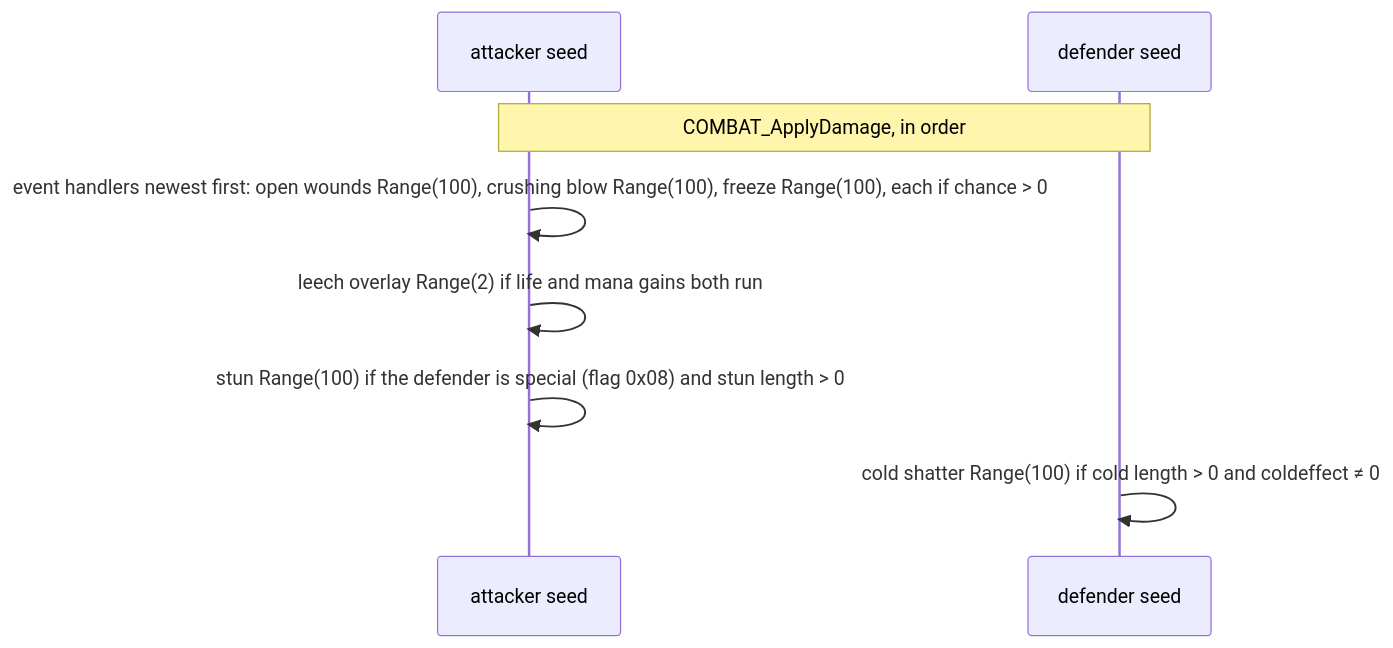
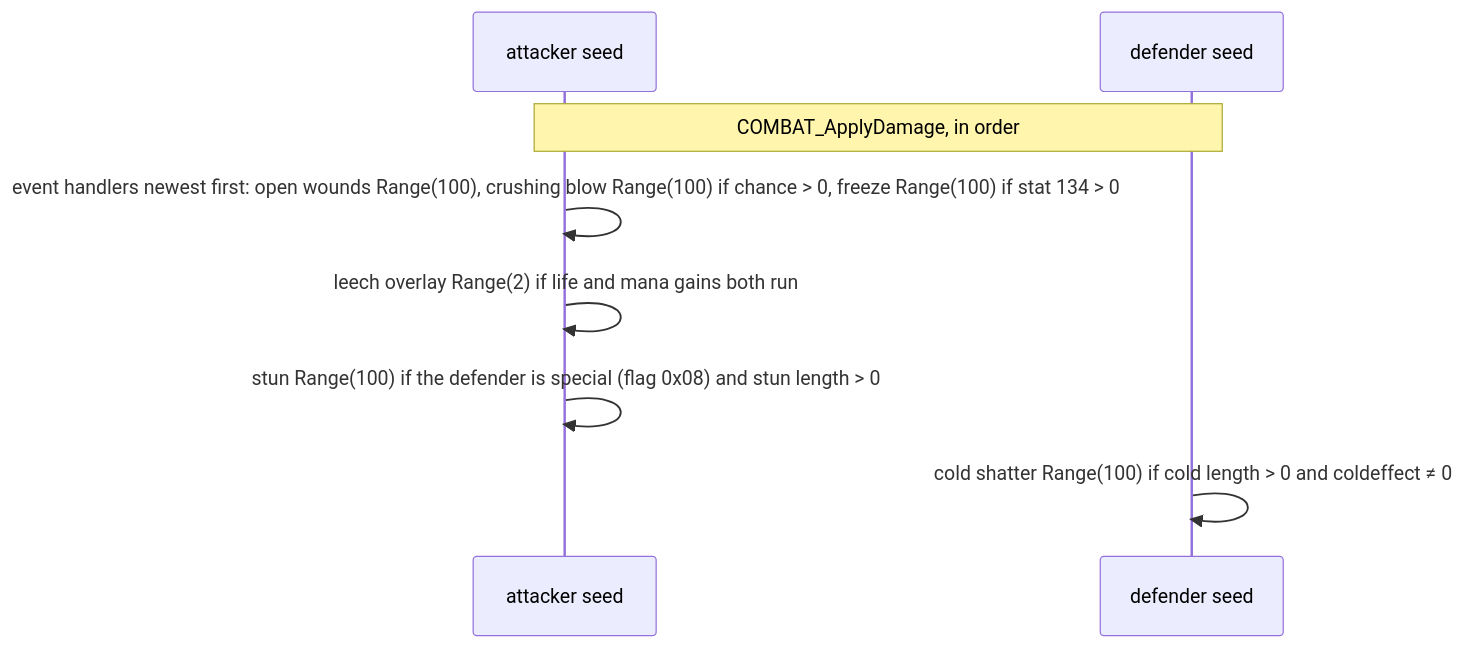
One commit to IgorKonovalov/diablo-2-recompilation changed the second of 2 diagrams in docs/specs/combat/delivery.md. Above: the diagram before and after it, drawn with Mermaid. The commit also changed 6 other files, not shown here.

Commit message:
docs(plans): plan 0066 Phase 3 combat cluster review (Tier A, accept with fixes 4): README B4's weapon line [I], the mastery step scoped to no used skill (note 5, Q139), delivery's freeze diagram line, the before sum I 203

````diff
--- a/docs/specs/combat/delivery.md
+++ b/docs/specs/combat/delivery.md
@@ -298,10 +298,10 @@
 ```mermaid
 sequenceDiagram
   participant A as attacker seed
   participant D as defender seed
   Note over A,D: COMBAT_ApplyDamage, in order
-  A->>A: event handlers newest first: open wounds Range(100), crushing blow Range(100), freeze Range(100), each if chance > 0
+  A->>A: event handlers newest first: open wounds Range(100), crushing blow Range(100) if chance > 0, freeze Range(100) if stat 134 > 0
   A->>A: leech overlay Range(2) if life and mana gains both run
   A->>A: stun Range(100) if the defender is special (flag 0x08) and stun length > 0
   D->>D: cold shatter Range(100) if cold length > 0 and coldeffect ≠ 0
 ```
````
